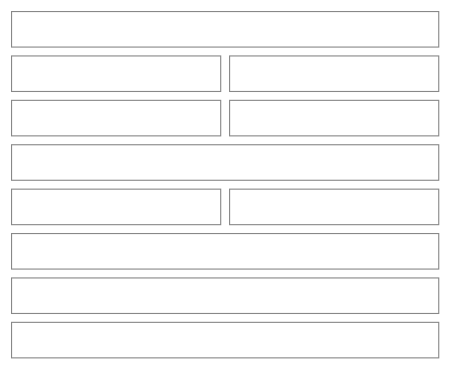
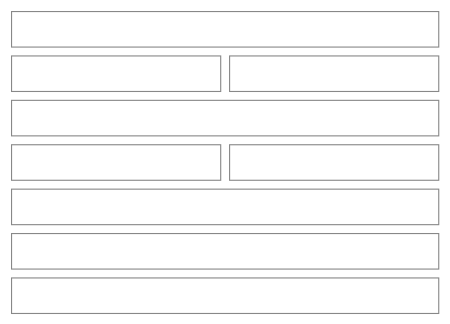
Diagram 34 of 57 in src/apps/pinch/UX.md (NovaMoonX/moondreams-dev-apps), drawn with Mermaid before and after one commit. The commit also changed other lines of this file and 123 other files, not shown here.

````diff
--- a/src/apps/pinch/UX.md
+++ b/src/apps/pinch/UX.md
@@ -1076,27 +1145,23 @@
 ```mermaid
 %%{init: {'theme': 'base', 'themeVariables': {'primaryColor': 'transparent', 'primaryBorderColor': '#888888', 'primaryTextColor': '#333333', 'lineColor': '#888888'}}}%%
 block-beta
   columns 2
   I1["‹ Adobo chicken"]:2
-  I2["Steps"]:1
-  I3["Ingredients"]:1
   I4["Making 6 servings"]:1
   I5["− 6 +"]:1
   I5b["You planned 2 for tonight. The rest can be put away."]:2
   I6["Tick what you've got out"]:1
-  I7["Reset"]:1
+  I7["[ ↺ Reset ]"]:1
   I8["☑ Chicken thigh  3 lb"]:2
   I9["☐ Soy sauce  6 tbsp"]:2
   I10["Back to the steps"]:2
   style I1 fill:transparent,stroke:#888888,stroke-width:1px;
-  style I2 fill:transparent,stroke:#888888,stroke-width:1px;
-  style I3 fill:transparent,stroke:#888888,stroke-width:1px;
   style I4 fill:transparent,stroke:#888888,stroke-width:1px;
   style I5 fill:transparent,stroke:#888888,stroke-width:1px;
   style I5b fill:transparent,stroke:#888888,stroke-width:1px;
   style I6 fill:transparent,stroke:#888888,stroke-width:1px;
   style I7 fill:transparent,stroke:#888888,stroke-width:1px;
   style I8 fill:transparent,stroke:#888888,stroke-width:1px;
   style I9 fill:transparent,stroke:#888888,stroke-width:1px;
   style I10 fill:transparent,stroke:#888888,stroke-width:1px;
 ```
````
